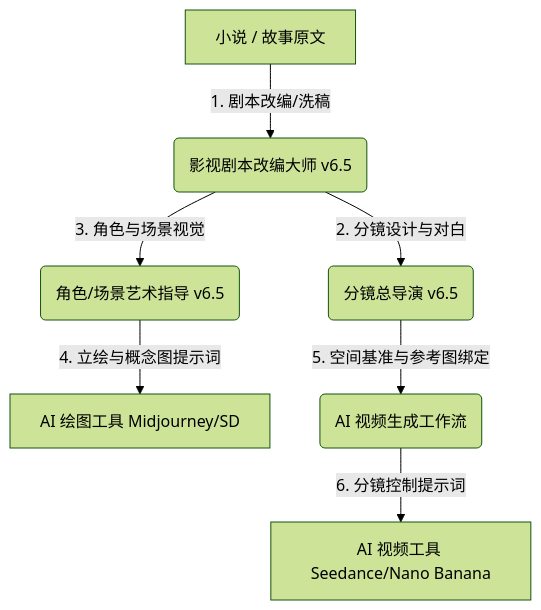
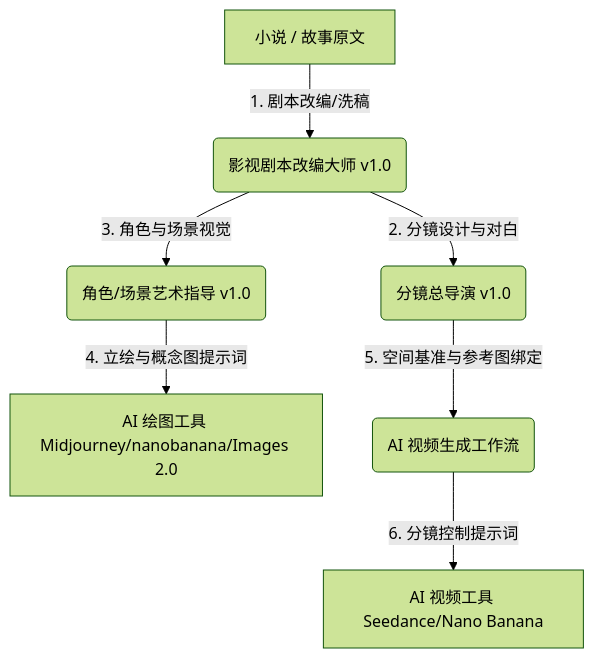
The diagram in README.md (yuanhongchen56-web/short-drama-ai-filmmaking), drawn with Mermaid (forest theme) before and after one commit. The commit also changed other lines of this file, not shown here.

````diff
--- a/README.md
+++ b/README.md
@@ -50,9 +50,9 @@
 ```mermaid
 graph TD
-    A[小说 / 故事原文] -->|1. 剧本改编/洗稿| B(影视剧本改编大师 v6.5)
-    B -->|2. 分镜设计与对白| C(分镜总导演 v6.5)
-    B -->|3. 角色与场景视觉| D(角色/场景艺术指导 v6.5)
-    D -->|4. 立绘与概念图提示词| E[AI 绘图工具 Midjourney/SD]
+    A[小说 / 故事原文] -->|1. 剧本改编/洗稿| B(影视剧本改编大师 v1.0)
+    B -->|2. 分镜设计与对白| C(分镜总导演 v1.0)
+    B -->|3. 角色与场景视觉| D(角色/场景艺术指导 v1.0)
+    D -->|4. 立绘与概念图提示词| E[AI 绘图工具 Midjourney/nanobanana/Images 2.0]
     C -->|5. 空间基准与参考图绑定| F(AI 视频生成工作流)
     F -->|6. 分镜控制提示词| G[AI 视频工具 Seedance/Nano Banana]
 ```
````
